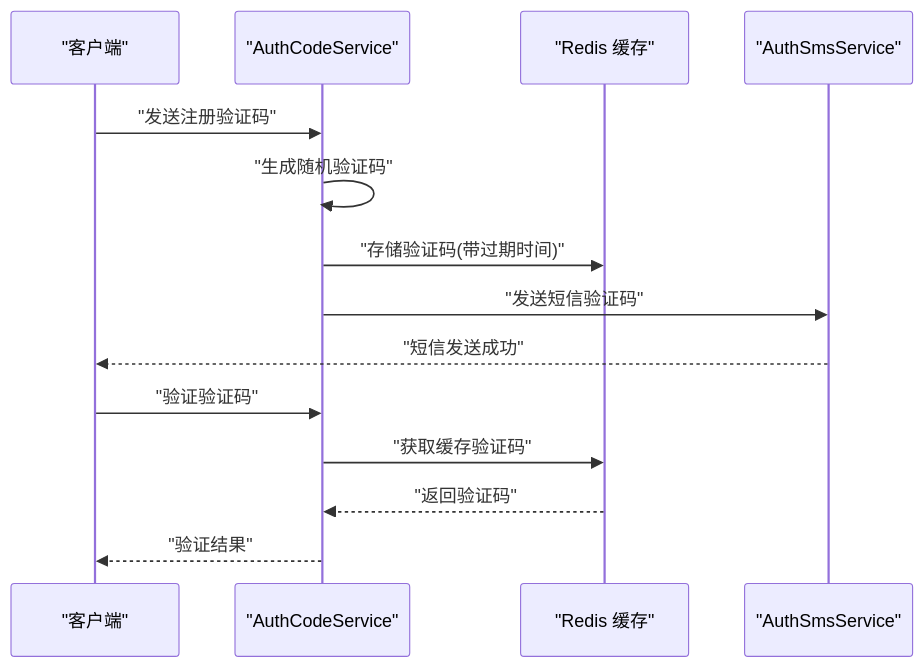
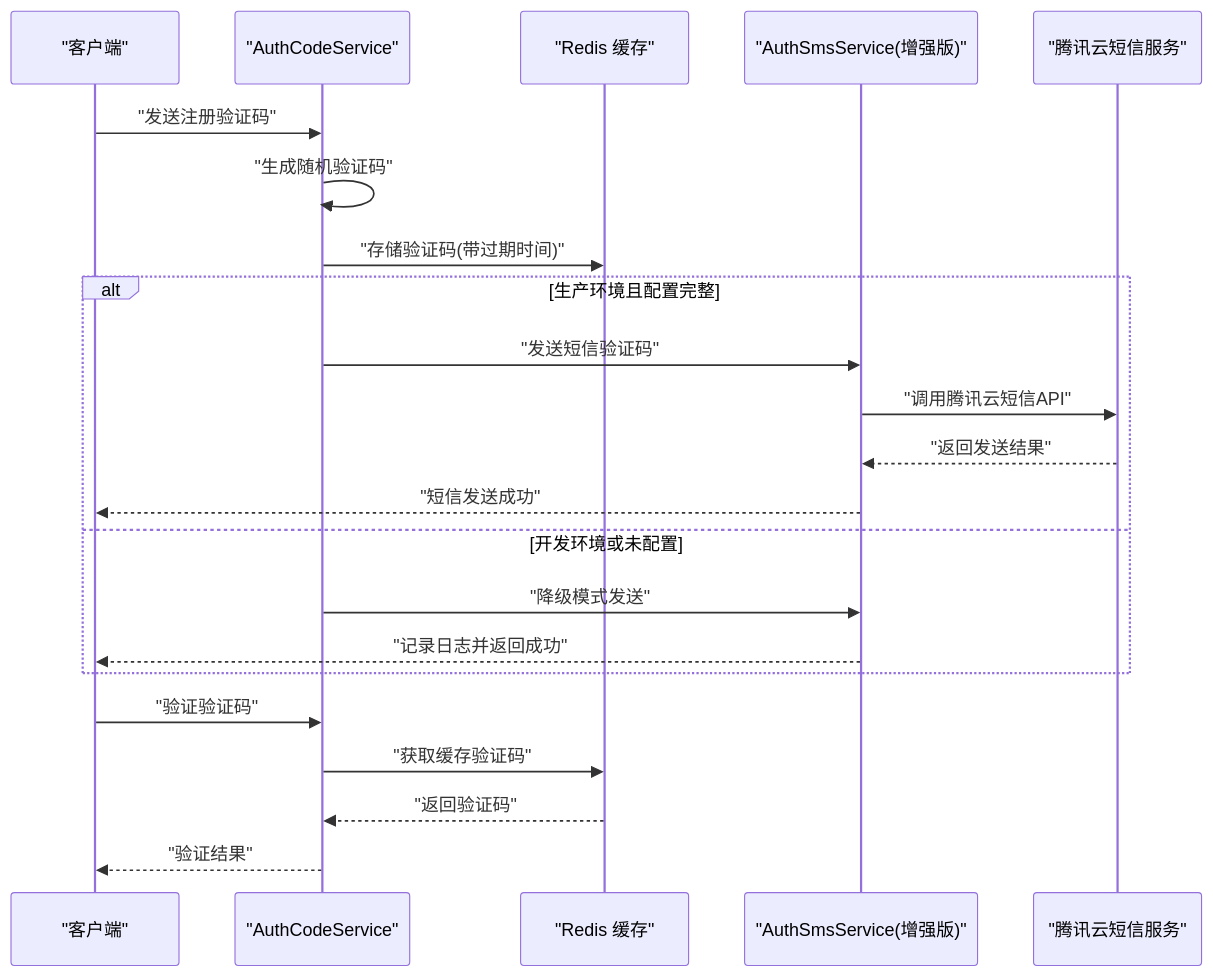
One commit to rc558620/purelyprofit-server changed diagram 12 of 17 in .qoder/repowiki/zh/content/认证授权系统/认证授权系统.md. Above: the diagram before and after it, drawn with Mermaid. The commit also changed other lines of this file and 56 other files, not shown here.

````diff
--- a/.qoder/repowiki/zh/content/认证授权系统/认证授权系统.md
+++ b/.qoder/repowiki/zh/content/认证授权系统/认证授权系统.md
@@ -719,16 +726,24 @@
 ```mermaid
 sequenceDiagram
 participant Client as "客户端"
 participant CodeSvc as "AuthCodeService"
 participant Redis as "Redis 缓存"
-participant SMSSvc as "AuthSmsService"
+participant SMSSvcEnhanced as "AuthSmsService(增强版)"
+participant TencentCloud as "腾讯云短信服务"
 Client->>CodeSvc : "发送注册验证码"
 CodeSvc->>CodeSvc : "生成随机验证码"
 CodeSvc->>Redis : "存储验证码(带过期时间)"
-CodeSvc->>SMSSvc : "发送短信验证码"
-SMSSvc-->>Client : "短信发送成功"
+alt 生产环境且配置完整
+CodeSvc->>SMSSvcEnhanced : "发送短信验证码"
+SMSSvcEnhanced->>TencentCloud : "调用腾讯云短信API"
+TencentCloud-->>SMSSvcEnhanced : "返回发送结果"
+SMSSvcEnhanced-->>Client : "短信发送成功"
+else 开发环境或未配置
+CodeSvc->>SMSSvcEnhanced : "降级模式发送"
+SMSSvcEnhanced-->>Client : "记录日志并返回成功"
+end
 Client->>CodeSvc : "验证验证码"
 CodeSvc->>Redis : "获取缓存验证码"
 Redis-->>CodeSvc : "返回验证码"
 CodeSvc-->>Client : "验证结果"
 ```
````
